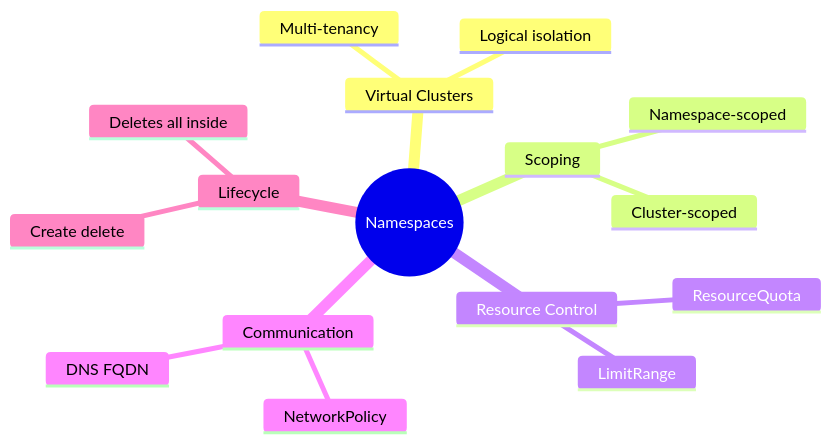
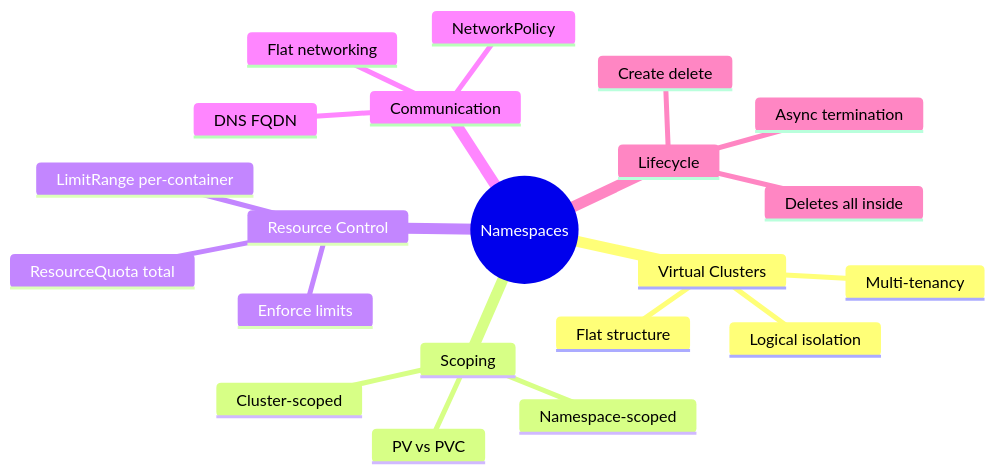
Diagram 11 of 11 in slides/namespaces/slides.md (courselabs/kubernetes), drawn with Mermaid before and after one commit. The commit also changed other lines of this file and 5 other files, not shown here.

````diff
--- a/slides/namespaces/slides.md
+++ b/slides/namespaces/slides.md
@@ -462,19 +492,24 @@
 ```mermaid
 mindmap
   root((Namespaces))
     Virtual Clusters
       Logical isolation
       Multi-tenancy
+      Flat structure
     Scoping
       Namespace-scoped
       Cluster-scoped
+      PV vs PVC
     Resource Control
-      ResourceQuota
-      LimitRange
+      ResourceQuota total
+      LimitRange per-container
+      Enforce limits
     Communication
       DNS FQDN
+      Flat networking
       NetworkPolicy
     Lifecycle
       Create delete
+      Async termination
       Deletes all inside
 ```
````
